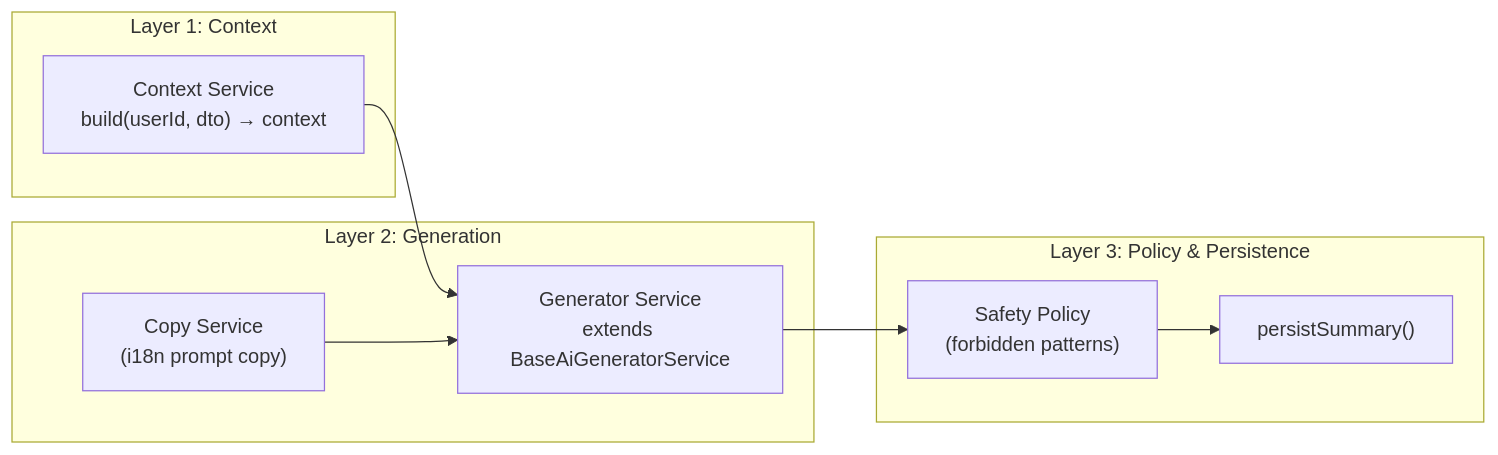
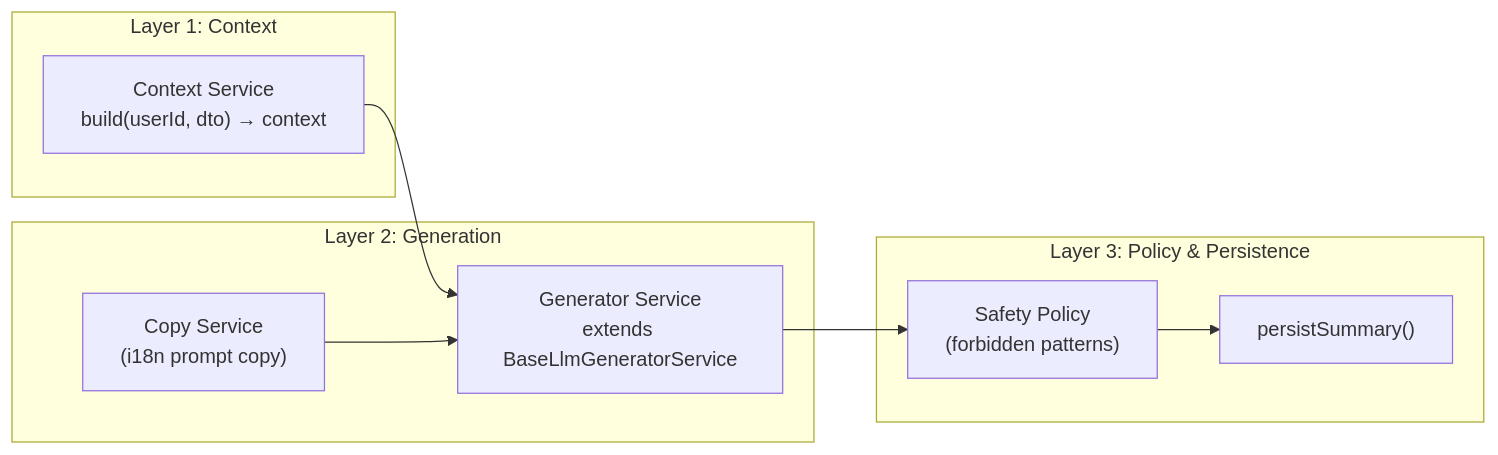
Before and after one commit to LuoMuLoyal/Lucent: the second of 2 diagrams in docs/01-reference/architecture.md, drawn with Mermaid. The commit also changed other lines of this file and 47 other files, not shown here.

````diff
--- a/docs/01-reference/architecture.md
+++ b/docs/01-reference/architecture.md
@@ -84,20 +84,20 @@
 ```mermaid
 graph LR
     subgraph "Layer 1: Context"
         CC["Context Service<br>build(userId, dto) → context"]
     end
 
     subgraph "Layer 2: Generation"
         GC["Copy Service<br>(i18n prompt copy)"]
-        GEN["Generator Service<br>extends BaseAiGeneratorService"]
+        GEN["Generator Service<br>extends BaseLlmGeneratorService"]
         CC --> GEN
         GC --> GEN
     end
 
     subgraph "Layer 3: Policy & Persistence"
         POL["Safety Policy<br>(forbidden patterns)"]
         PERSIST["persistSummary()"]
         GEN --> POL
         POL --> PERSIST
     end
 ```
````
